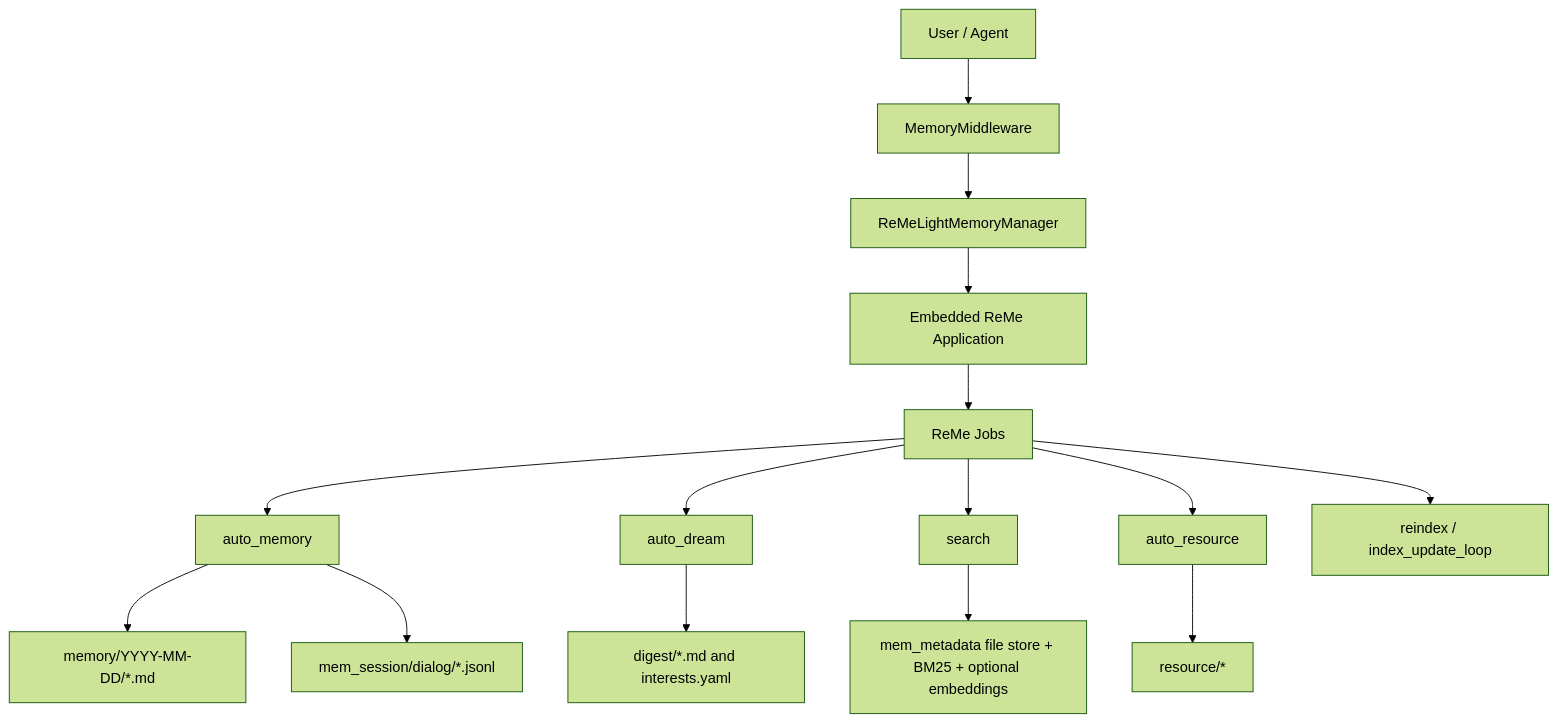
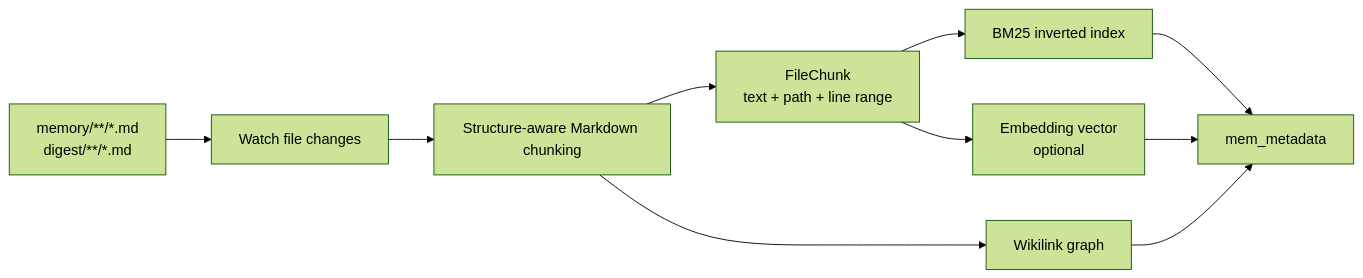
The fourth of 5 diagrams in website/public/docs/memory.en.md (agentscope-ai/QwenPaw), drawn with Mermaid (forest theme) before and after one commit. The commit also changed other lines of this file and 11 other files, not shown here.

Commit message:
docs(memory): add embedding configuration guide

````diff
--- a/website/public/docs/memory.en.md
+++ b/website/public/docs/memory.en.md
@@ -24,17 +284,12 @@
 ```mermaid
-graph TB
-    User[User / Agent] --> Middleware[MemoryMiddleware]
-    Middleware --> Manager[ReMeLightMemoryManager]
-    Manager --> ReMe[Embedded ReMe Application]
-    ReMe --> Jobs[ReMe Jobs]
-    Jobs --> AutoMemory[auto_memory]
-    Jobs --> AutoDream[auto_dream]
-    Jobs --> Search[search]
-    Jobs --> Resource[auto_resource]
-    Jobs --> Reindex[reindex / index_update_loop]
-    AutoMemory --> Daily[memory/YYYY-MM-DD/*.md]
-    AutoMemory --> Session[mem_session/dialog/*.jsonl]
-    AutoDream --> Digest[digest/*.md and interests.yaml]
-    Resource --> ResourceDir[resource/*]
-    Search --> Store[mem_metadata file store + BM25 + optional embeddings]
+flowchart LR
+    A[memory/**/*.md<br/>digest/**/*.md] --> B[Watch file changes]
+    B --> C[Structure-aware Markdown chunking]
+    C --> D[FileChunk<br/>text + path + line range]
+    D --> E[BM25 inverted index]
+    D --> F[Embedding vector<br/>optional]
+    C --> G[Wikilink graph]
+    E --> H[mem_metadata]
+    F --> H
+    G --> H
 ```
````
